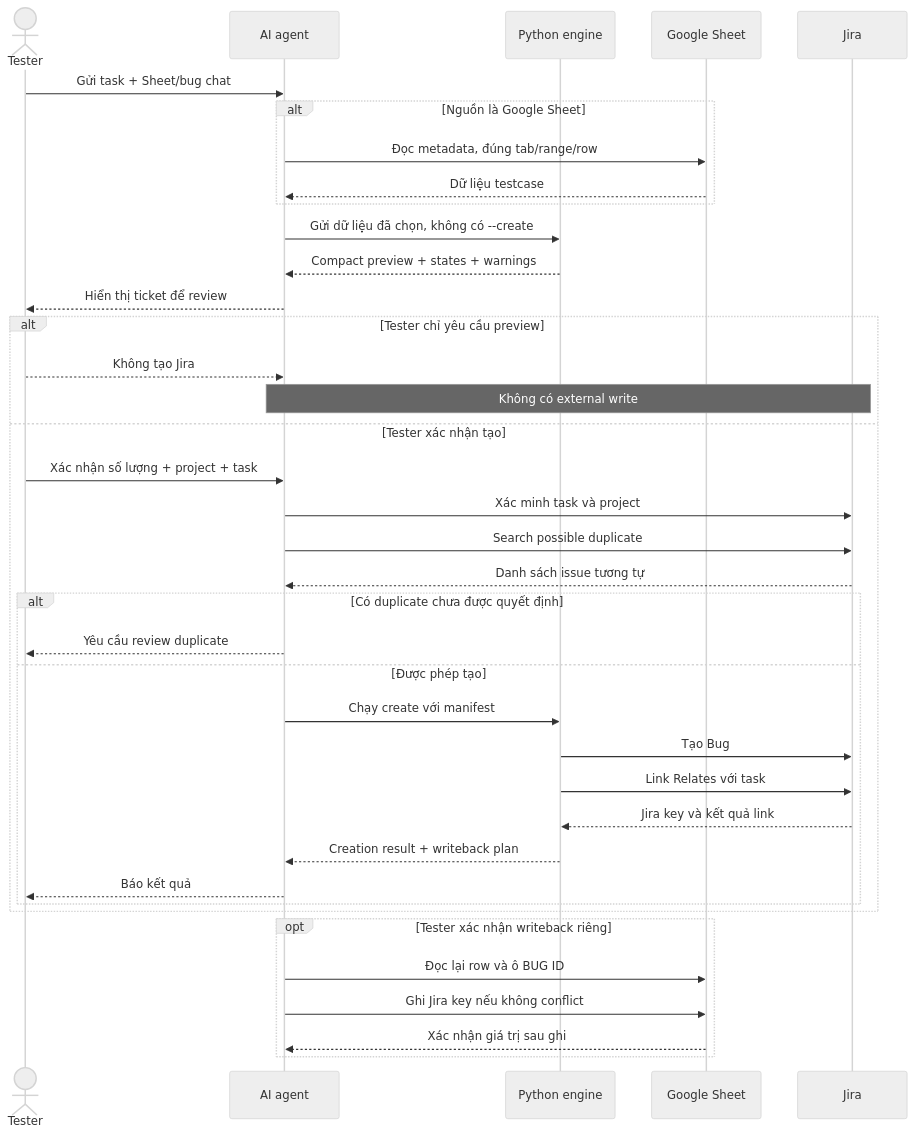
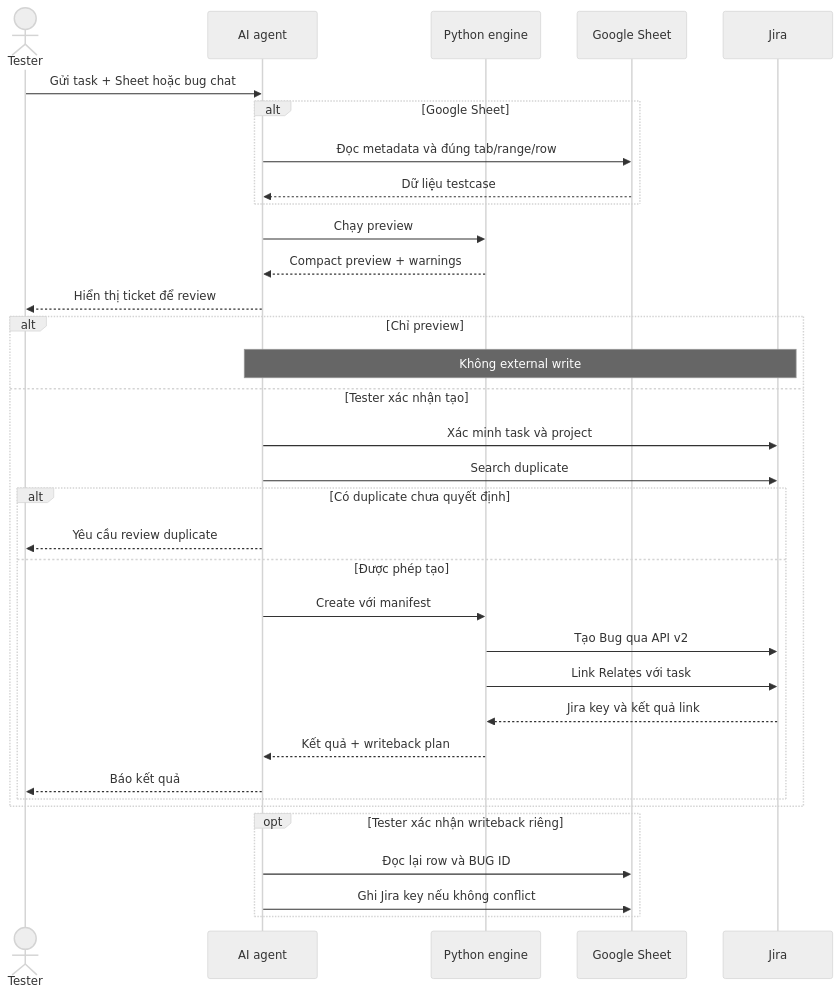
One commit to tranthanhlam10/YNM-testing changed the fourth of 4 diagrams in Document/TONG-QUAN-LUONG-LOG-BUG-JIRA.md. Above: the diagram before and after it, drawn with Mermaid (neutral theme). The commit also changed other lines of this file and 31 other files, not shown here.

````diff
--- a/Document/TONG-QUAN-LUONG-LOG-BUG-JIRA.md
+++ b/Document/TONG-QUAN-LUONG-LOG-BUG-JIRA.md
@@ -375,43 +562,40 @@
 ```mermaid
 sequenceDiagram
     actor Tester
     participant Agent as AI agent
     participant Python as Python engine
     participant Sheet as Google Sheet
     participant Jira
 
-    Tester->>Agent: Gửi task + Sheet/bug chat
-    alt Nguồn là Google Sheet
-        Agent->>Sheet: Đọc metadata, đúng tab/range/row
+    Tester->>Agent: Gửi task + Sheet hoặc bug chat
+    alt Google Sheet
+        Agent->>Sheet: Đọc metadata và đúng tab/range/row
         Sheet-->>Agent: Dữ liệu testcase
     end
-    Agent->>Python: Gửi dữ liệu đã chọn, không có --create
-    Python-->>Agent: Compact preview + states + warnings
+
+    Agent->>Python: Chạy preview
+    Python-->>Agent: Compact preview + warnings
     Agent-->>Tester: Hiển thị ticket để review
 
-    alt Tester chỉ yêu cầu preview
-        Tester-->>Agent: Không tạo Jira
-        Note over Agent,Jira: Không có external write
+    alt Chỉ preview
+        Note over Agent,Jira: Không external write
     else Tester xác nhận tạo
-        Tester->>Agent: Xác nhận số lượng + project + task
         Agent->>Jira: Xác minh task và project
-        Agent->>Jira: Search possible duplicate
-        Jira-->>Agent: Danh sách issue tương tự
-        alt Có duplicate chưa được quyết định
+        Agent->>Jira: Search duplicate
+        alt Có duplicate chưa quyết định
             Agent-->>Tester: Yêu cầu review duplicate
         else Được phép tạo
-            Agent->>Python: Chạy create với manifest
-            Python->>Jira: Tạo Bug
+            Agent->>Python: Create với manifest
+            Python->>Jira: Tạo Bug qua API v2
             Python->>Jira: Link Relates với task
             Jira-->>Python: Jira key và kết quả link
-            Python-->>Agent: Creation result + writeback plan
+            Python-->>Agent: Kết quả + writeback plan
             Agent-->>Tester: Báo kết quả
         end
     end
 
     opt Tester xác nhận writeback riêng
-        Agent->>Sheet: Đọc lại row và ô BUG ID
+        Agent->>Sheet: Đọc lại row và BUG ID
         Agent->>Sheet: Ghi Jira key nếu không conflict
-        Sheet-->>Agent: Xác nhận giá trị sau ghi
     end
 ```
````
